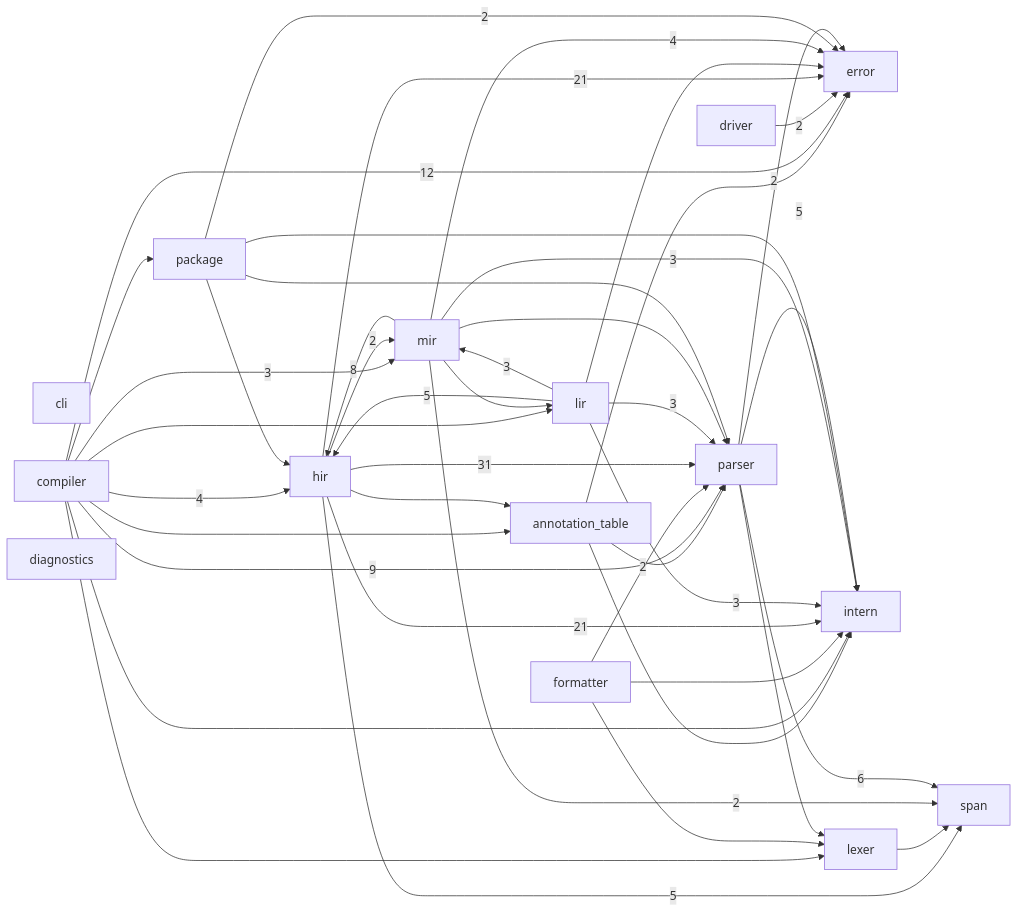
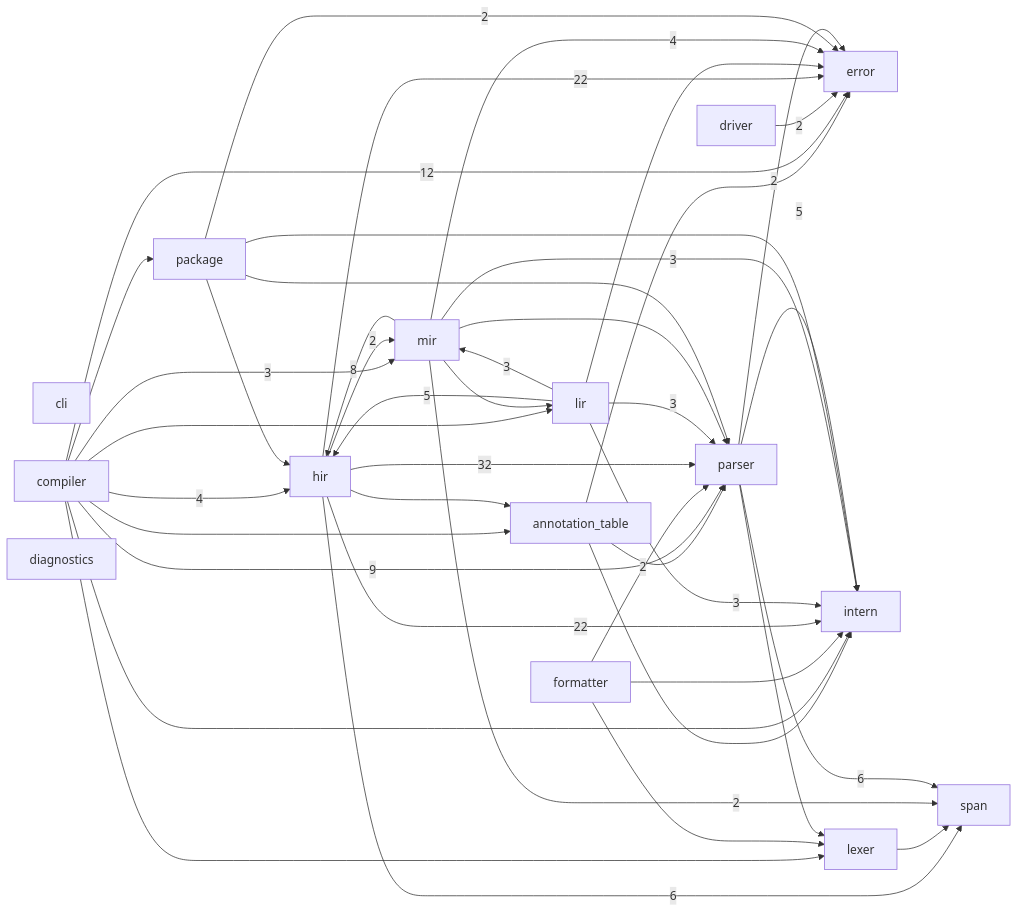
Before and after one commit to ayanami1ei/Ayanami-language: the diagram in docs/module-graph.md, drawn with Mermaid. The commit also changed other lines of this file and 8 other files, not shown here.

````diff
--- a/docs/module-graph.md
+++ b/docs/module-graph.md
@@ -6,60 +6,60 @@
 ```mermaid
 graph LR
     annotation_table
     cli
     compiler
     diagnostics
     driver
     error
     formatter
     hir
     intern
     lexer
     lir
     mir
     package
     parser
     span
     annotation_table --> error
     annotation_table --> intern
     annotation_table --> parser
     compiler --> annotation_table
     compiler -->|12| error
     compiler -->|4| hir
     compiler --> intern
     compiler --> lexer
     compiler --> lir
     compiler -->|3| mir
     compiler --> package
     compiler -->|9| parser
     driver -->|2| error
     formatter --> intern
     formatter --> lexer
     formatter -->|2| parser
     hir --> annotation_table
-    hir -->|21| error
-    hir -->|21| intern
+    hir -->|22| error
+    hir -->|22| intern
     hir -->|2| mir
-    hir -->|31| parser
-    hir -->|5| span
+    hir -->|32| parser
+    hir -->|6| span
     lexer --> span
     lir --> error
     lir -->|5| hir
     lir -->|3| intern
     lir -->|3| mir
     lir -->|3| parser
     mir -->|4| error
     mir -->|8| hir
     mir -->|3| intern
     mir --> lir
     mir --> parser
     mir -->|2| span
     package -->|2| error
     package --> hir
     package --> intern
     package --> parser
     parser -->|2| error
     parser -->|5| intern
     parser --> lexer
     parser -->|6| span
 ```
````
